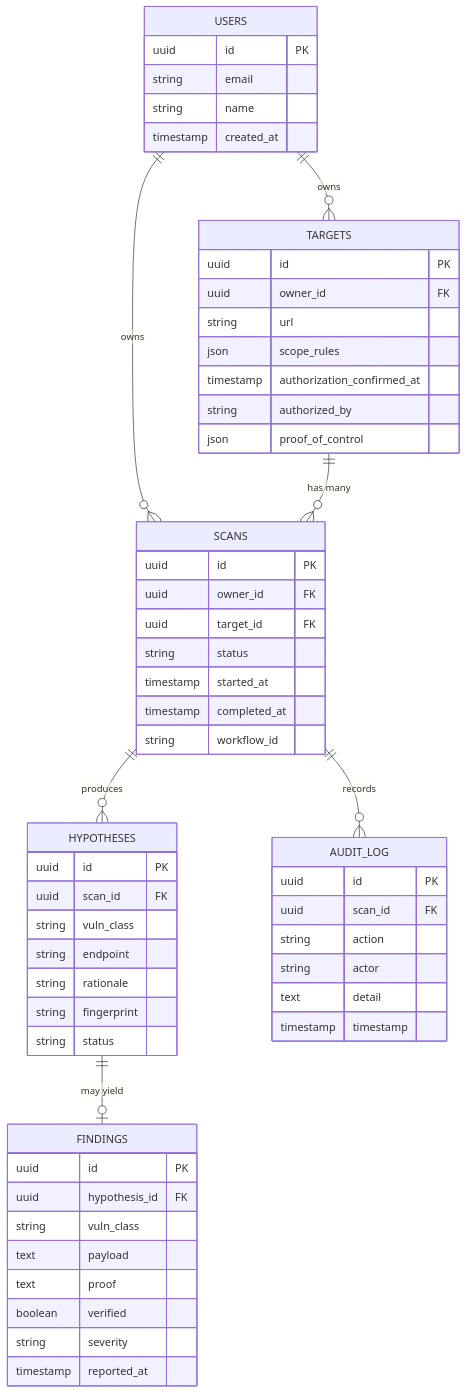
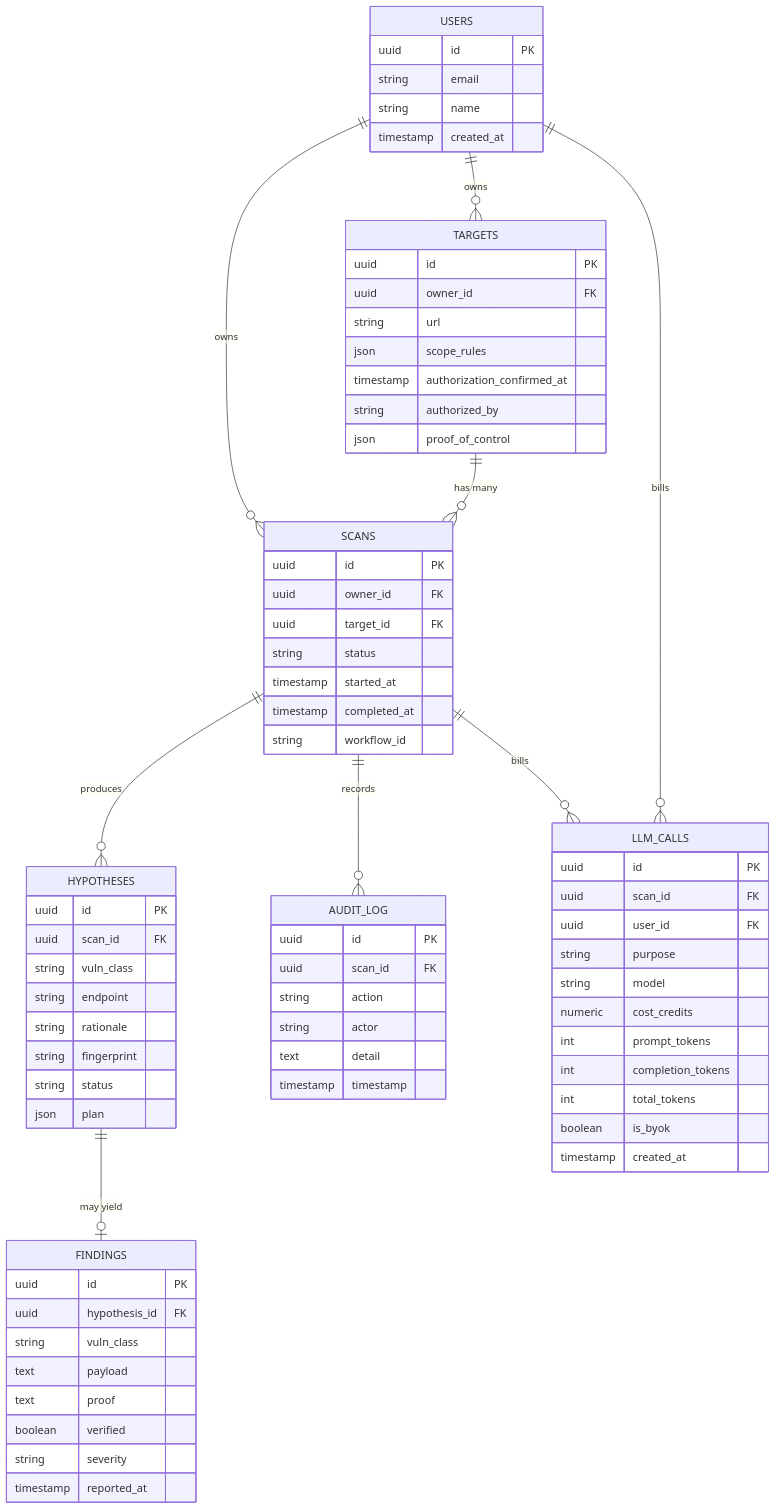
One commit to SnehaChouksey/Corvid changed the ninth of 10 diagrams in docs/specs/02_system_architecture_spec.md. Above: the diagram before and after it, drawn with Mermaid. The commit also changed other lines of this file and 3 other files, not shown here.

````diff
--- a/docs/specs/02_system_architecture_spec.md
+++ b/docs/specs/02_system_architecture_spec.md
@@ -350,61 +350,77 @@
 ```mermaid
 erDiagram
     USERS ||--o{ TARGETS : "owns"
     USERS ||--o{ SCANS : "owns"
     TARGETS ||--o{ SCANS : "has many"
     SCANS ||--o{ HYPOTHESES : "produces"
     HYPOTHESES ||--o| FINDINGS : "may yield"
     SCANS ||--o{ AUDIT_LOG : "records"
+    SCANS ||--o{ LLM_CALLS : "bills"
+    USERS ||--o{ LLM_CALLS : "bills"
 
     USERS {
         uuid id PK
         string email
         string name
         timestamp created_at
     }
     TARGETS {
         uuid id PK
         uuid owner_id FK
         string url
         json scope_rules
         timestamp authorization_confirmed_at
         string authorized_by
         json proof_of_control
     }
     SCANS {
         uuid id PK
         uuid owner_id FK
         uuid target_id FK
         string status
         timestamp started_at
         timestamp completed_at
         string workflow_id
     }
     HYPOTHESES {
         uuid id PK
         uuid scan_id FK
         string vuln_class
         string endpoint
         string rationale
         string fingerprint
         string status
+        json plan
     }
     FINDINGS {
         uuid id PK
         uuid hypothesis_id FK
         string vuln_class
         text payload
         text proof
         boolean verified
         string severity
         timestamp reported_at
     }
     AUDIT_LOG {
         uuid id PK
         uuid scan_id FK
         string action
         string actor
         text detail
         timestamp timestamp
     }
+    LLM_CALLS {
+        uuid id PK
+        uuid scan_id FK
+        uuid user_id FK
+        string purpose
+        string model
+        numeric cost_credits
+        int prompt_tokens
+        int completion_tokens
+        int total_tokens
+        boolean is_byok
+        timestamp created_at
+    }
 ```
````
